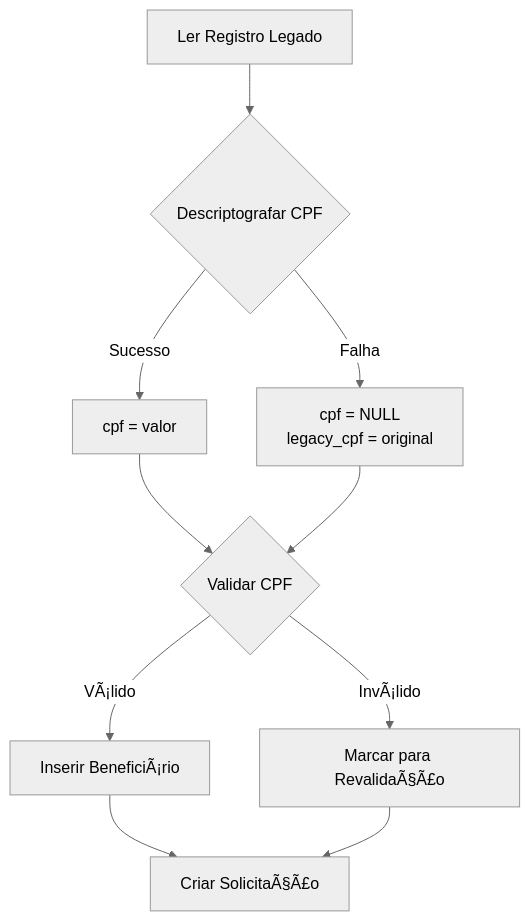
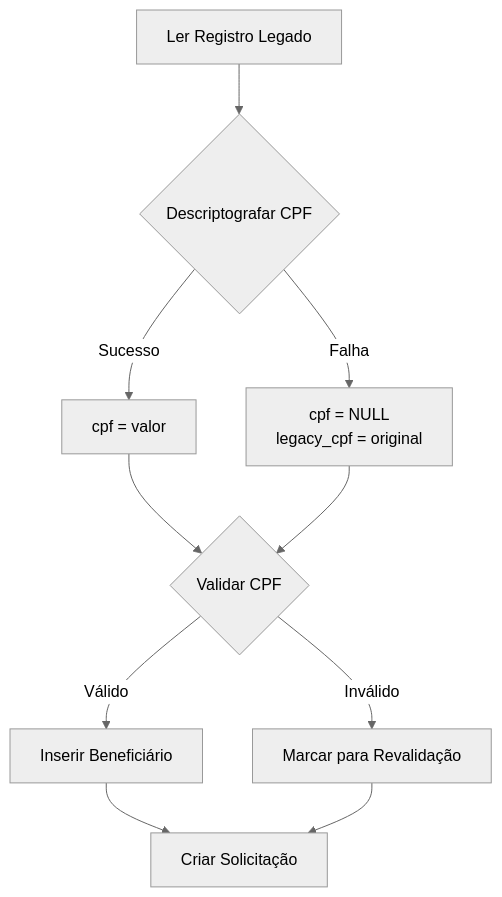
The diagram in docs/adr/002-migration-strategy.md (vhpontes/portal-inclusao-showcase), drawn with Mermaid (neutral theme) before and after one commit. The commit also changed other lines of this file and 17 other files, not shown here.

````diff
--- a/docs/adr/002-migration-strategy.md
+++ b/docs/adr/002-migration-strategy.md
@@ -109,12 +109,12 @@
 ```mermaid
 flowchart TD
     A[Ler Registro Legado] --> B{Descriptografar CPF}
     B -->|Sucesso| C[cpf = valor]
     B -->|Falha| D[cpf = NULL<br/>legacy_cpf = original]
     C --> E{Validar CPF}
     D --> E
-    E -->|VÃ¡lido| F[Inserir BeneficiÃ¡rio]
-    E -->|InvÃ¡lido| G[Marcar para RevalidaÃ§Ã£o]
-    F --> H[Criar SolicitaÃ§Ã£o]
+    E -->|Válido| F[Inserir Beneficiário]
+    E -->|Inválido| G[Marcar para Revalidação]
+    F --> H[Criar Solicitação]
     G --> H
 ```
````
